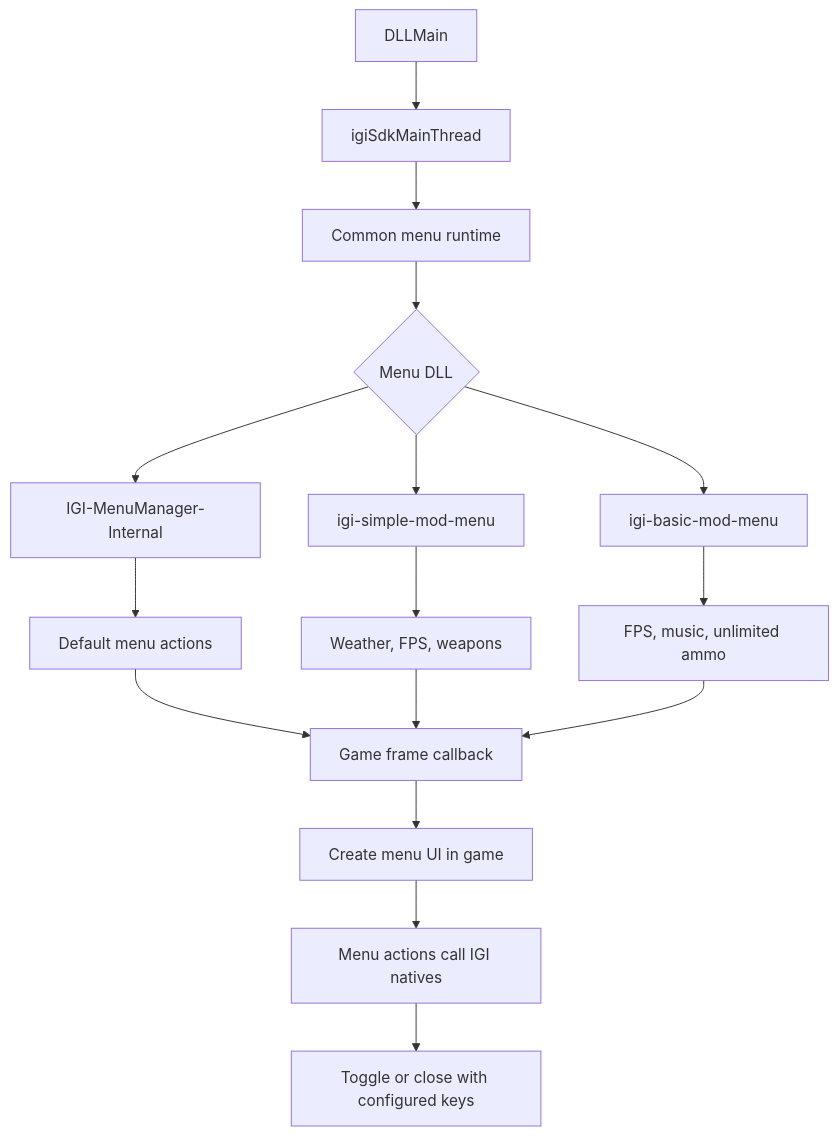
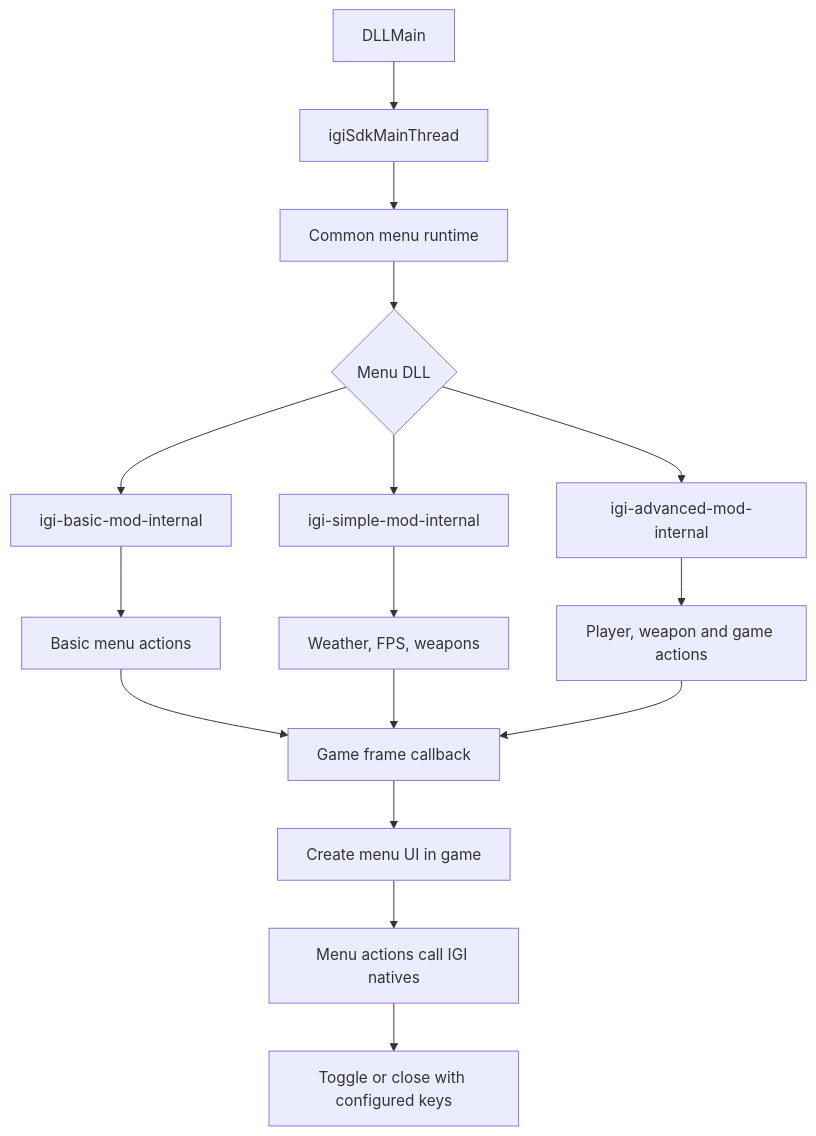
Before and after one commit to heaven-hm/project-igi-mod-base: the diagram in README.md, drawn with Mermaid. The commit also changed other lines of this file and 45 other files, not shown here.

Commit message:
Make IGI catalogue local and reorganize mod demos

````diff
--- a/README.md
+++ b/README.md
@@ -191,18 +195,18 @@
 ```mermaid
 flowchart TD
     A[DLLMain] --> B[igiSdkMainThread]
     B --> C[Common menu runtime]
     C --> D{Menu DLL}
-    D --> E[IGI-MenuManager-Internal]
-    D --> F[igi-simple-mod-menu]
-    D --> G[igi-basic-mod-menu]
-    E --> H[Default menu actions]
+    D --> E[igi-basic-mod-internal]
+    D --> F[igi-simple-mod-internal]
+    D --> G[igi-advanced-mod-internal]
+    E --> H[Basic menu actions]
     F --> I[Weather, FPS, weapons]
-    G --> J[FPS, music, unlimited ammo]
+    G --> J[Player, weapon and game actions]
     H --> K[Game frame callback]
     I --> K
     J --> K
     K --> L[Create menu UI in game]
     L --> M[Menu actions call IGI natives]
     M --> N[Toggle or close with configured keys]
 ```
````
